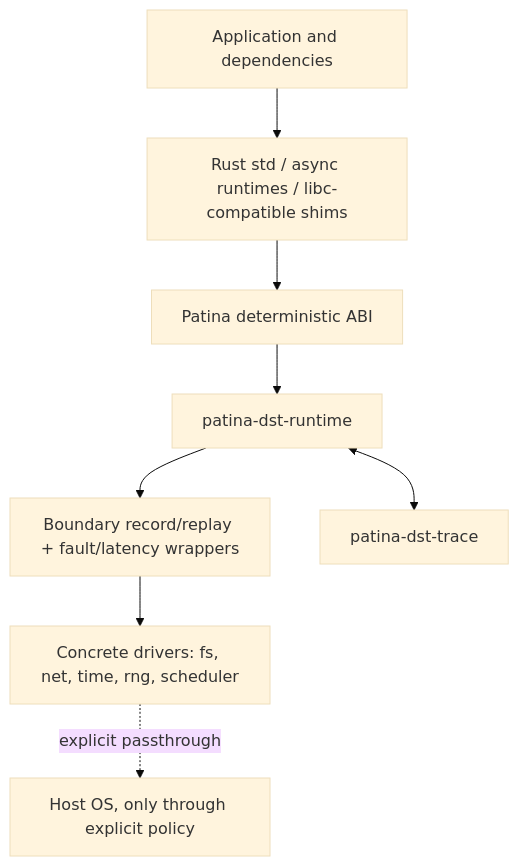
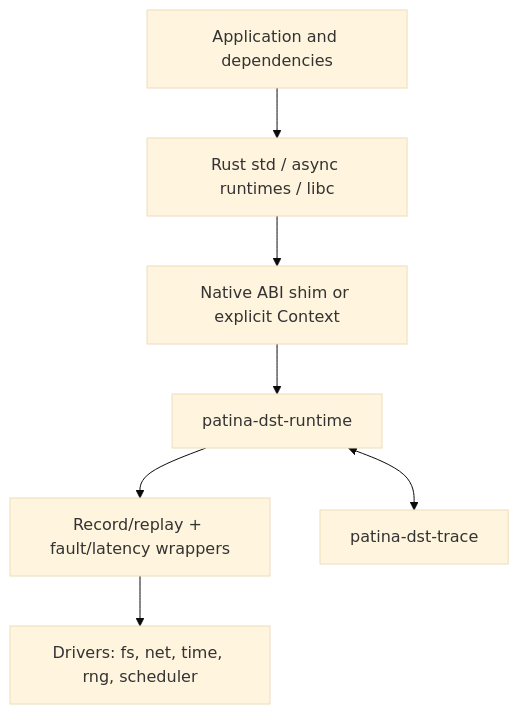
One commit to JacobHayes/patina changed the diagram in ARCHITECTURE.md. Above: the diagram before and after it, drawn with Mermaid (base theme). The commit also changed other lines of this file and 5 other files, not shown here.

Commit message:
docs: cut ARCHITECTURE.md to current shape and invariants, trim README

````diff
--- a/ARCHITECTURE.md
+++ b/ARCHITECTURE.md
@@ -24,19 +16,13 @@
 ```mermaid
 flowchart TD
     App[Application and dependencies]
-    Std[Rust std / async runtimes / libc-compatible shims]
-    ABI[Patina deterministic ABI]
+    Std[Rust std / async runtimes / libc]
+    Shim[Native ABI shim or explicit Context]
     Runtime[patina-dst-runtime]
-    Wrappers[Boundary record/replay + fault/latency wrappers]
-    Drivers[Concrete drivers: fs, net, time, rng, scheduler]
-    Host[Host OS, only through explicit policy]
+    Wrappers[Record/replay + fault/latency wrappers]
+    Drivers[Drivers: fs, net, time, rng, scheduler]
     Trace[patina-dst-trace]
 
-    App --> Std
-    Std --> ABI
-    ABI --> Runtime
-    Runtime --> Wrappers
-    Wrappers --> Drivers
-    Drivers -. explicit passthrough .-> Host
+    App --> Std --> Shim --> Runtime --> Wrappers --> Drivers
     Runtime <--> Trace
 ```
````
